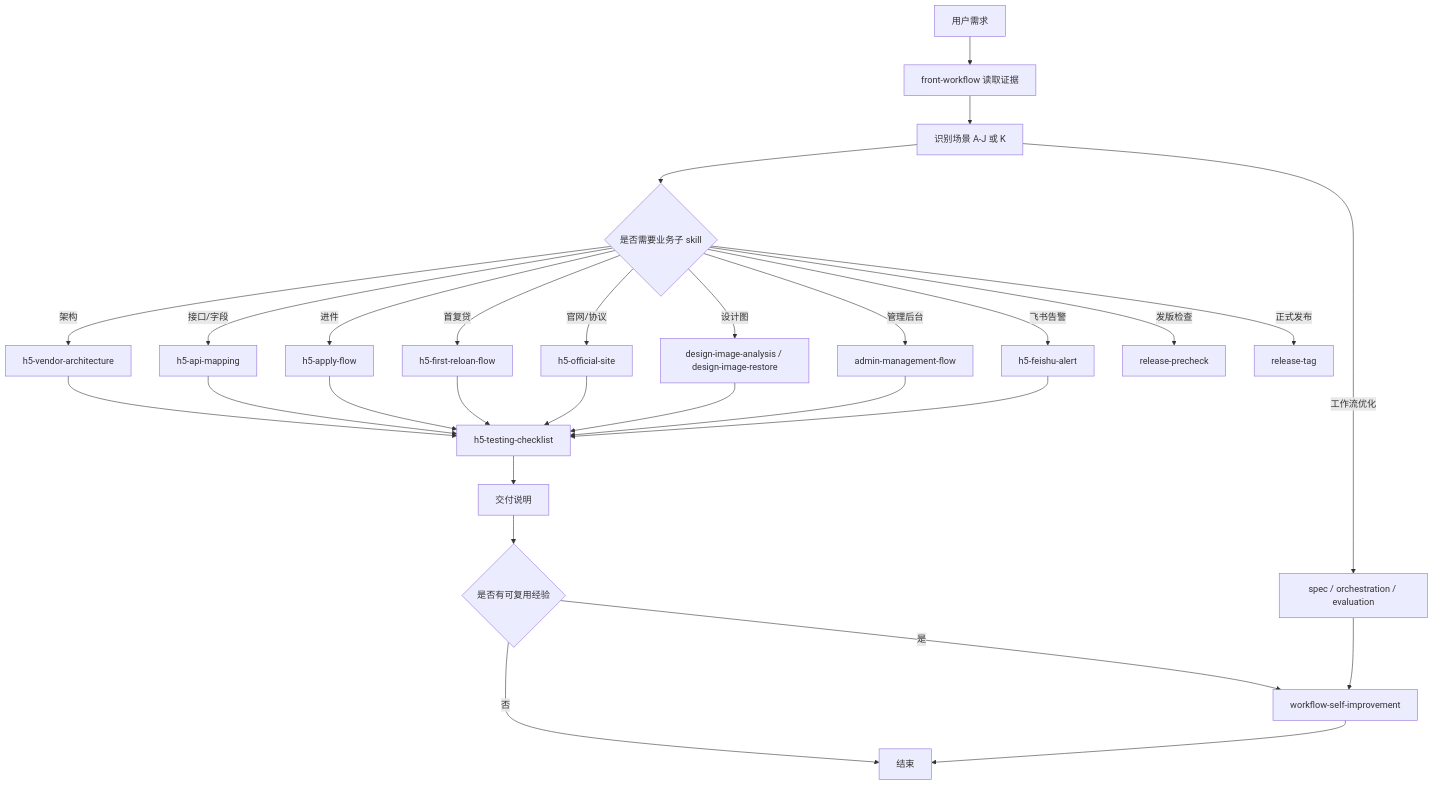
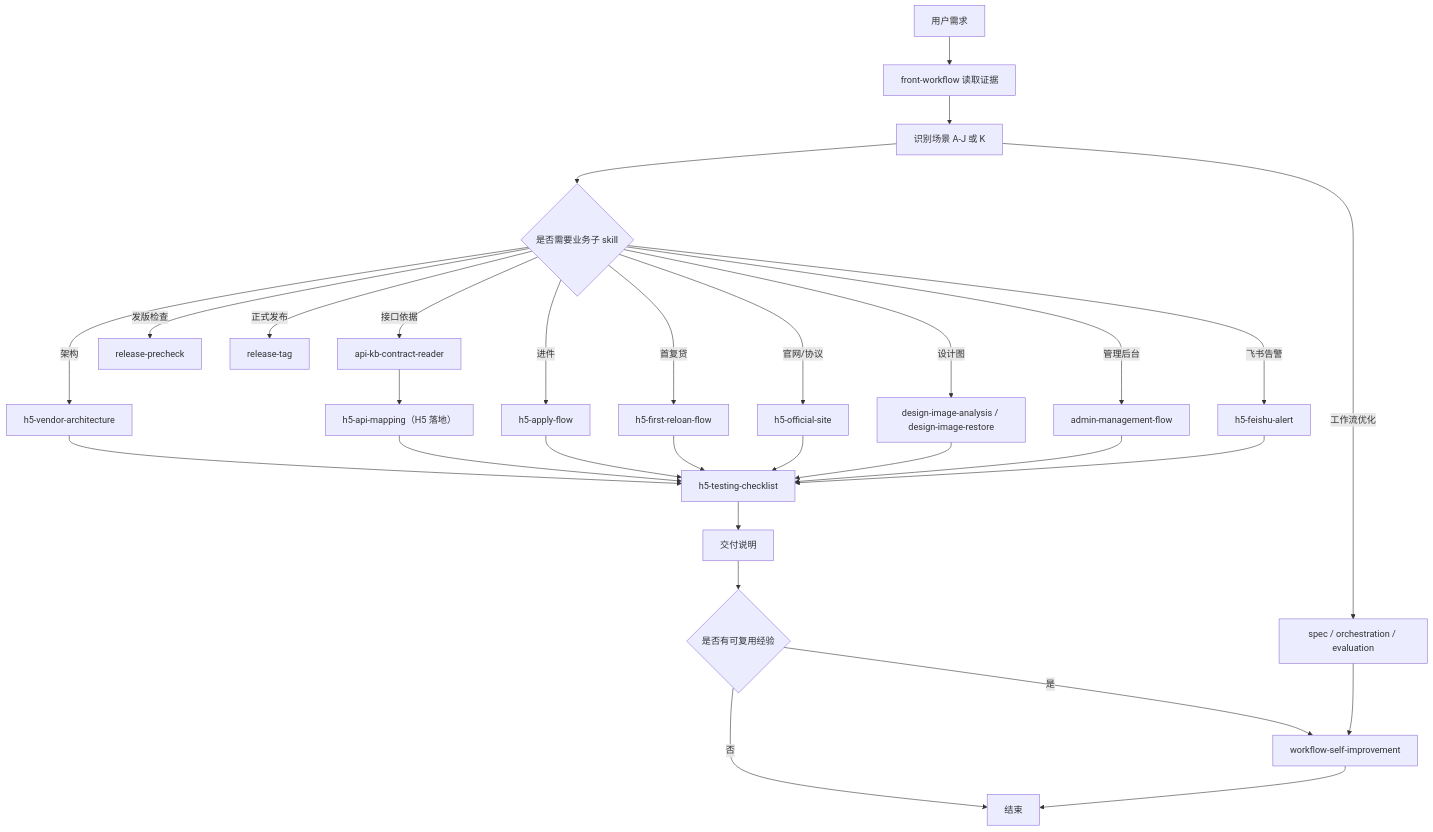
The diagram in front-workflow/WORKFLOW-SHARING.md (MaSiBo1998/skills), drawn with Mermaid before and after one commit. The commit also changed other lines of this file and 47 other files, not shown here.

````diff
--- a/front-workflow/WORKFLOW-SHARING.md
+++ b/front-workflow/WORKFLOW-SHARING.md
@@ -25,31 +25,32 @@
 ```mermaid
 flowchart TD
     A["用户需求"] --> B["front-workflow 读取证据"]
     B --> C["识别场景 A-J 或 K"]
     C --> D{"是否需要业务子 skill"}
     D -->|架构| E["h5-vendor-architecture"]
-    D -->|接口/字段| F["h5-api-mapping"]
+    D -->|接口依据| F["api-kb-contract-reader"]
+    F --> U["h5-api-mapping（H5 落地）"]
     D -->|进件| G["h5-apply-flow"]
     D -->|首复贷| H["h5-first-reloan-flow"]
     D -->|官网/协议| I["h5-official-site"]
     D -->|设计图| J["design-image-analysis / design-image-restore"]
     D -->|管理后台| K["admin-management-flow"]
     D -->|飞书告警| L["h5-feishu-alert"]
     D -->|发版检查| M["release-precheck"]
     D -->|正式发布| T["release-tag"]
     E --> N["h5-testing-checklist"]
-    F --> N
+    U --> N
     G --> N
     H --> N
     I --> N
     J --> N
     K --> N
     L --> N
     N --> O["交付说明"]
     O --> P{"是否有可复用经验"}
     P -->|是| Q["workflow-self-improvement"]
     P -->|否| R["结束"]
     Q --> R
     C -->|工作流优化| S["spec / orchestration / evaluation"]
     S --> Q
 ```
````
